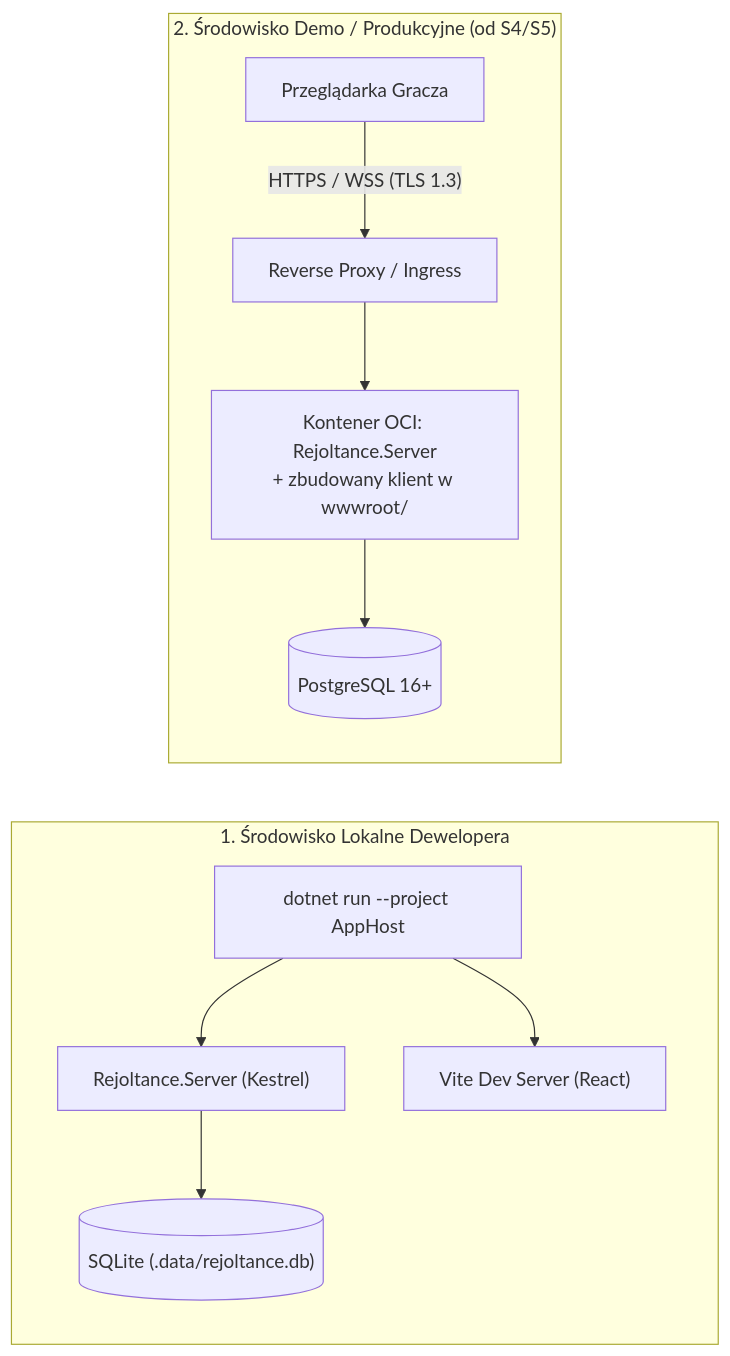
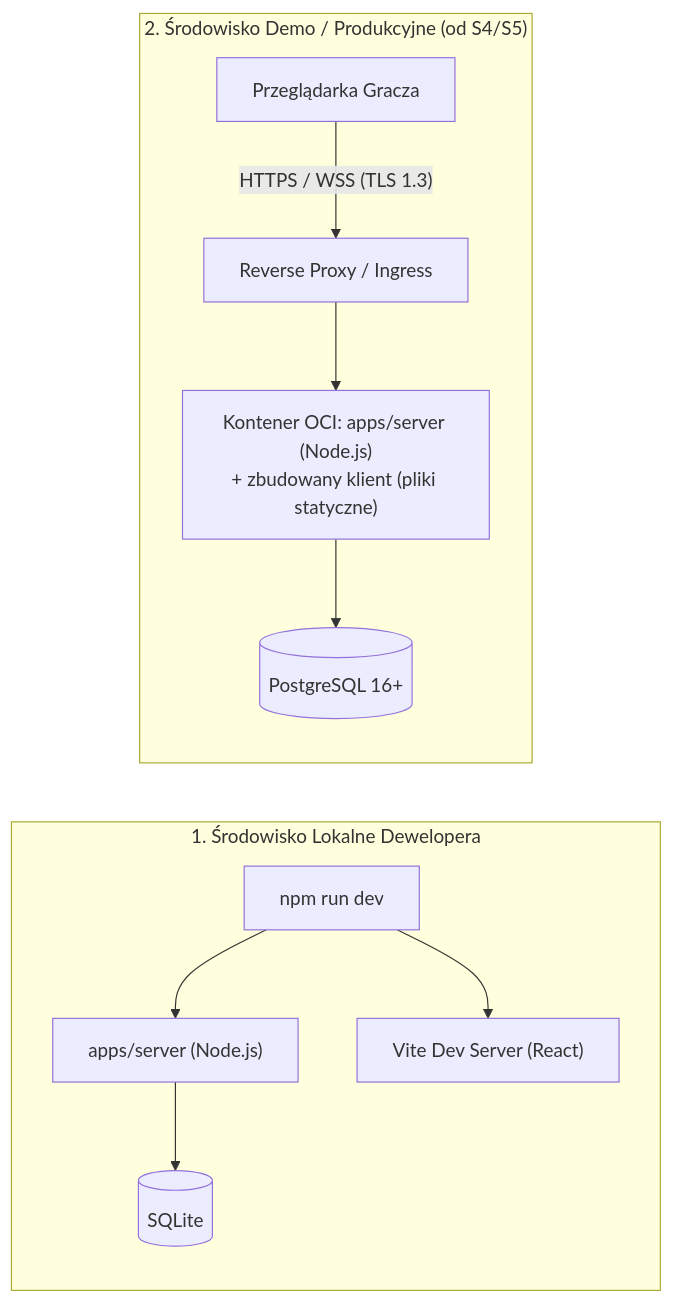
Before and after one commit to lMamacl/Rejoltance: the fifth of 5 diagrams in docs/01-dokumentacja-systemowa/05-sad-architektura-systemu.md, drawn with Mermaid. The commit also changed other lines of this file and 85 other files, not shown here.

````diff
--- a/docs/01-dokumentacja-systemowa/05-sad-architektura-systemu.md
+++ b/docs/01-dokumentacja-systemowa/05-sad-architektura-systemu.md
@@ -227,14 +222,14 @@
 ```mermaid
 flowchart LR
   subgraph DevEnv["1. Środowisko Lokalne Dewelopera"]
-    AH["dotnet run --project AppHost"] --> S_Dev["Rejoltance.Server (Kestrel)"]
+    AH["npm run dev"] --> S_Dev["apps/server (Node.js)"]
     AH --> W_Dev["Vite Dev Server (React)"]
-    S_Dev --> SQLite[("SQLite (.data/rejoltance.db)")]
+    S_Dev --> SQLite[("SQLite")]
   end
 
   subgraph ProdEnv["2. Środowisko Demo / Produkcyjne (od S4/S5)"]
     Browser["Przeglądarka Gracza"] -- "HTTPS / WSS (TLS 1.3)" --> Proxy["Reverse Proxy / Ingress"]
-    Proxy --> Container["Kontener OCI: Rejoltance.Server<br/>+ zbudowany klient w wwwroot/"]
+    Proxy --> Container["Kontener OCI: apps/server (Node.js)<br/>+ zbudowany klient (pliki statyczne)"]
     Container --> PG[("PostgreSQL 16+")]
   end
 ```
````
